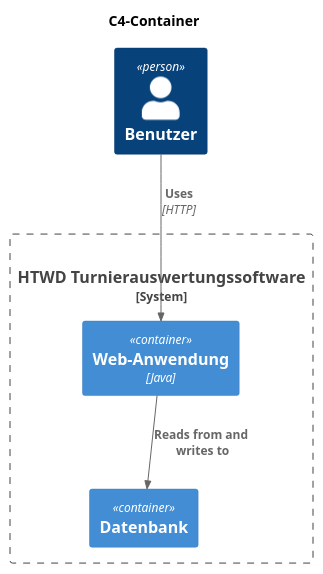
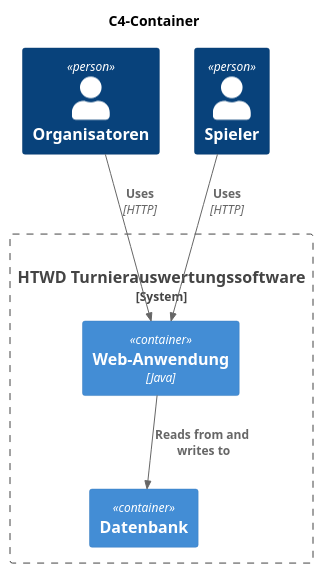
Before and after one commit to max-htw/htwd-turnierauswertungssoftware: the diagram in docs/architecture/plantuml/an_c4_container.puml, drawn with PlantUML.

Commit message:
C4 container geändert

```diff
--- a/docs/architecture/plantuml/an_c4_container.puml
+++ b/docs/architecture/plantuml/an_c4_container.puml
@@ -1,18 +1,21 @@
 @startuml
 !include C4_Context.puml
 !include C4_Container.puml
 
 title C4-Container
 
-Person(benutzer, "Benutzer")
+Person(organisator, "Organisatoren")
+Person(spieler, "Spieler")
+
 
 
 System_Boundary(turnierauswertungssoftware, "HTWD Turnierauswertungssoftware", "Automatisiert die Plannung, Erfassung und Auswertung eines Volleyball-Turniers."){
   Container(web_app, "Web-Anwendung","Java")
   Container(database, "Datenbank")
 }
 
-Rel_D(benutzer, web_app, "Uses", "HTTP")
+Rel_D(organisator, web_app, "Uses", "HTTP")
+Rel_D(spieler, web_app, "Uses", "HTTP")
 Rel_D(web_app, database, "Reads from and\n writes to")
 
 @enduml
```
